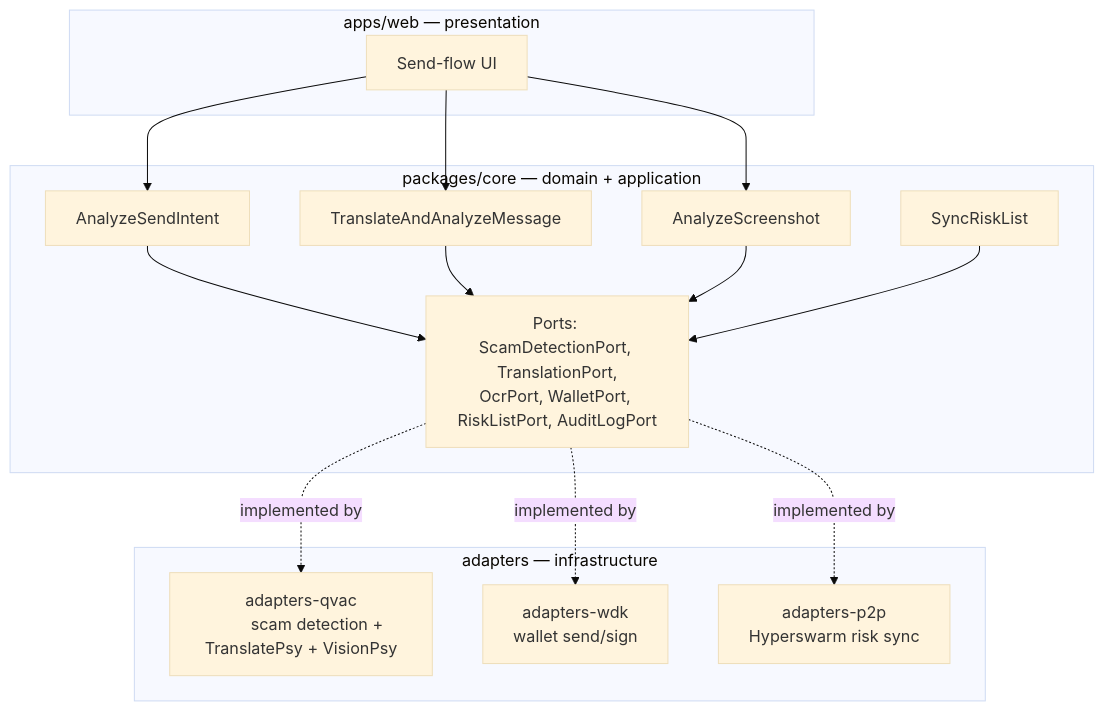
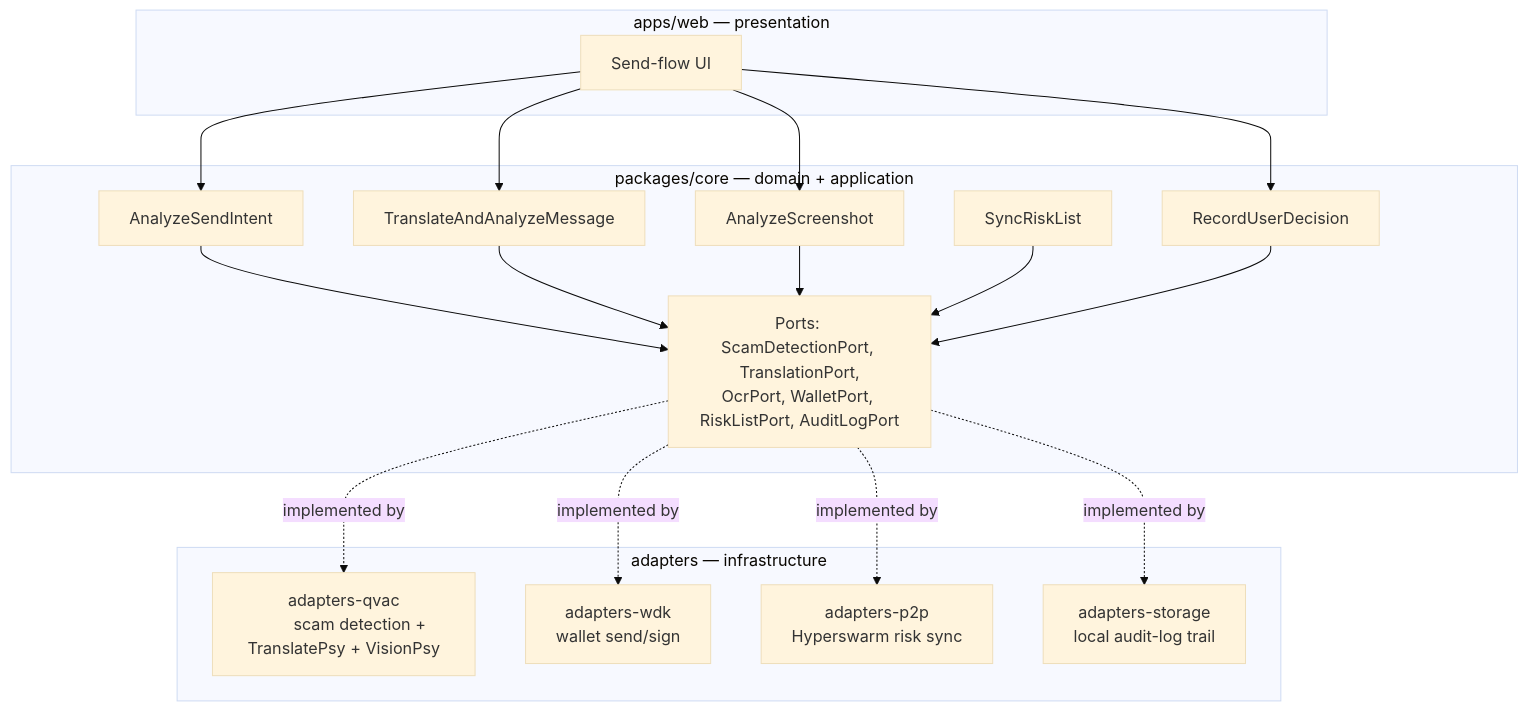
Before and after one commit to SunsetLabs-Game/custos: the first of 3 diagrams in ARCHITECTURE.md, drawn with Mermaid (base theme). The commit also changed other lines of this file and 1 other file, not shown here.

First line of the commit message:
Add flow diagrams to the docs (#23)

````diff
--- a/ARCHITECTURE.md
+++ b/ARCHITECTURE.md
@@ -7,35 +7,41 @@
 ```mermaid
 flowchart TB
     subgraph App["apps/web — presentation"]
         UI[Send-flow UI]
     end
 
     subgraph Core["packages/core — domain + application"]
         UC1[AnalyzeSendIntent]
         UC2[TranslateAndAnalyzeMessage]
         UC3[AnalyzeScreenshot]
         UC4[SyncRiskList]
+        UC5[RecordUserDecision]
         Ports[Ports: ScamDetectionPort, TranslationPort,
 OcrPort, WalletPort, RiskListPort, AuditLogPort]
     end
 
     subgraph Adapters["adapters — infrastructure"]
         QVAC[adapters-qvac
         scam detection + TranslatePsy + VisionPsy]
         WDK[adapters-wdk
         wallet send/sign]
         P2P[adapters-p2p
         Hyperswarm risk sync]
+        Storage[adapters-storage
+        local audit-log trail]
     end
 
     UI --> UC1
     UI --> UC2
     UI --> UC3
+    UI --> UC5
     UC1 --> Ports
     UC2 --> Ports
     UC3 --> Ports
     UC4 --> Ports
+    UC5 --> Ports
     Ports -.implemented by.-> QVAC
     Ports -.implemented by.-> WDK
     Ports -.implemented by.-> P2P
+    Ports -.implemented by.-> Storage
 ```
````
